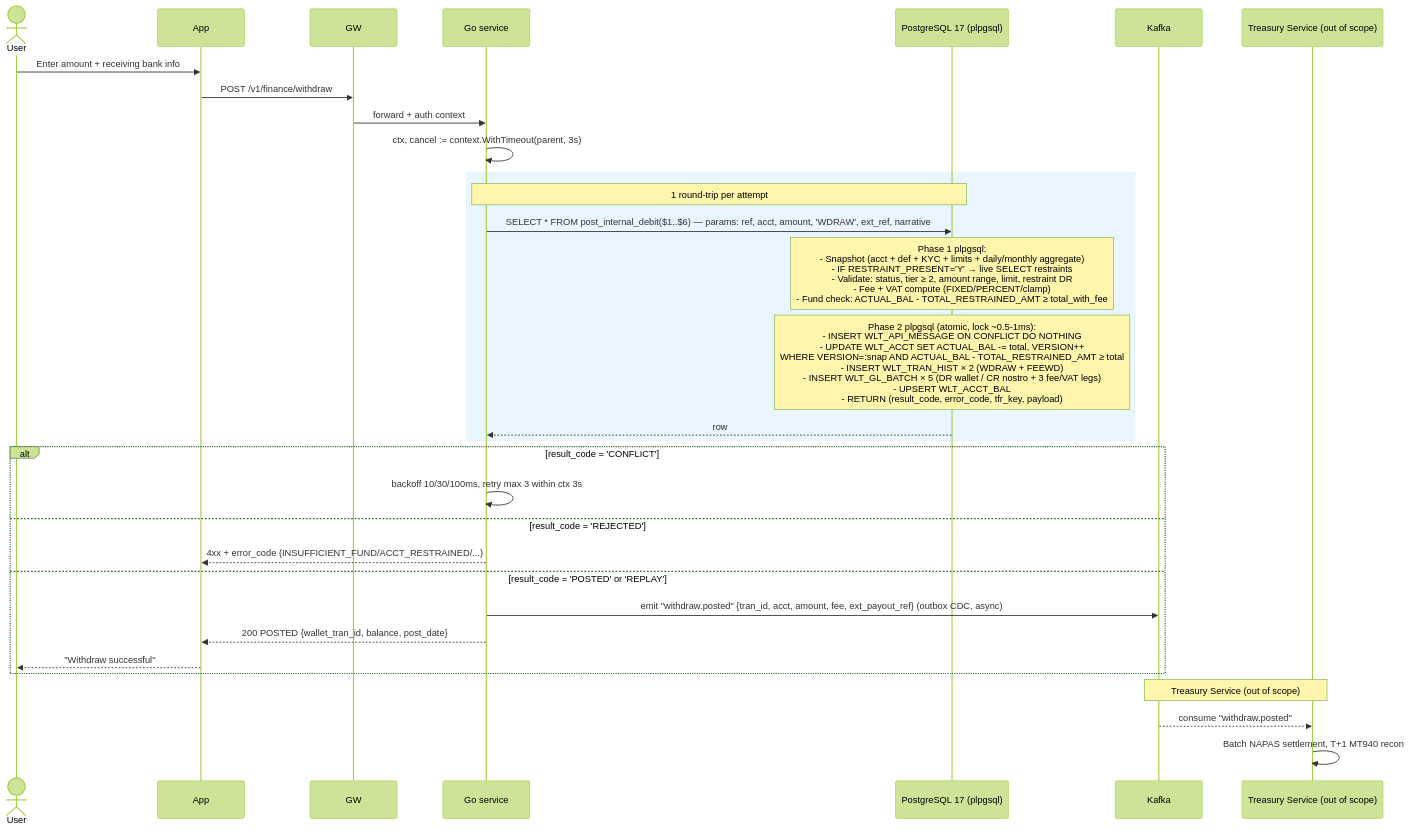
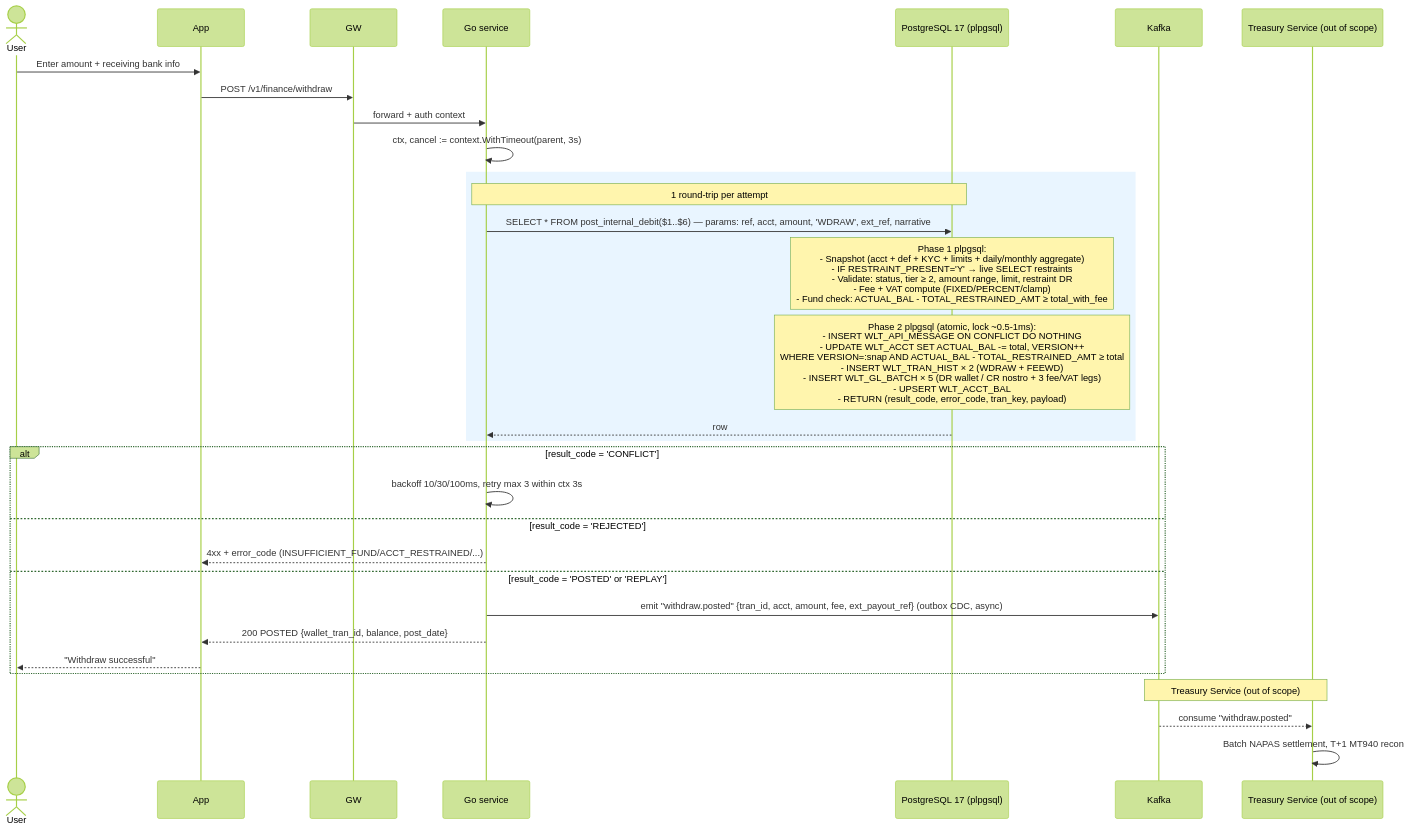
The third of 6 diagrams in docs/specs/finance_transaction.md (huuhoait/core-wallet), drawn with Mermaid (forest theme) before and after one commit. The commit also changed other lines of this file and 29 other files, not shown here.

First line of the commit message:
Rename tfr → tran across schema, Go, API, and docs

````diff
--- a/docs/specs/finance_transaction.md
+++ b/docs/specs/finance_transaction.md
@@ -270,38 +270,38 @@
 ```mermaid
 sequenceDiagram
   actor User
   participant App
   participant GW
   participant GO as Go service
   participant DB as PostgreSQL 17 (plpgsql)
   participant K as Kafka
   participant TRS as Treasury Service (out of scope)
 
   User->>App: Enter amount + receiving bank info
   App->>GW: POST /v1/finance/withdraw
   GW->>GO: forward + auth context
   
   GO->>GO: ctx, cancel := context.WithTimeout(parent, 3s)
   
   rect rgba(200,230,255,0.4)
     Note over GO,DB: 1 round-trip per attempt
     GO->>DB: SELECT * FROM post_internal_debit($1..$6) — params: ref, acct, amount, 'WDRAW', ext_ref, narrative
     Note over DB: Phase 1 plpgsql:<br/>- Snapshot (acct + def + KYC + limits + daily/monthly aggregate)<br/>- IF RESTRAINT_PRESENT='Y' → live SELECT restraints<br/>- Validate: status, tier ≥ 2, amount range, limit, restraint DR<br/>- Fee + VAT compute (FIXED/PERCENT/clamp)<br/>- Fund check: ACTUAL_BAL - TOTAL_RESTRAINED_AMT ≥ total_with_fee
-    Note over DB: Phase 2 plpgsql (atomic, lock ~0.5-1ms):<br/>- INSERT WLT_API_MESSAGE ON CONFLICT DO NOTHING<br/>- UPDATE WLT_ACCT SET ACTUAL_BAL -= total, VERSION++<br/>  WHERE VERSION=:snap AND ACTUAL_BAL - TOTAL_RESTRAINED_AMT ≥ total<br/>- INSERT WLT_TRAN_HIST × 2 (WDRAW + FEEWD)<br/>- INSERT WLT_GL_BATCH × 5 (DR wallet / CR nostro + 3 fee/VAT legs)<br/>- UPSERT WLT_ACCT_BAL<br/>- RETURN (result_code, error_code, tfr_key, payload)
+    Note over DB: Phase 2 plpgsql (atomic, lock ~0.5-1ms):<br/>- INSERT WLT_API_MESSAGE ON CONFLICT DO NOTHING<br/>- UPDATE WLT_ACCT SET ACTUAL_BAL -= total, VERSION++<br/>  WHERE VERSION=:snap AND ACTUAL_BAL - TOTAL_RESTRAINED_AMT ≥ total<br/>- INSERT WLT_TRAN_HIST × 2 (WDRAW + FEEWD)<br/>- INSERT WLT_GL_BATCH × 5 (DR wallet / CR nostro + 3 fee/VAT legs)<br/>- UPSERT WLT_ACCT_BAL<br/>- RETURN (result_code, error_code, tran_key, payload)
     DB-->>GO: row
   end
   
   alt result_code = 'CONFLICT'
     GO->>GO: backoff 10/30/100ms, retry max 3 within ctx 3s
   else result_code = 'REJECTED'
     GO-->>App: 4xx + error_code (INSUFFICIENT_FUND/ACCT_RESTRAINED/...)
   else result_code = 'POSTED' or 'REPLAY'
     GO->>K: emit "withdraw.posted" {tran_id, acct, amount, fee, ext_payout_ref} (outbox CDC, async)
     GO-->>App: 200 POSTED {wallet_tran_id, balance, post_date}
     App-->>User: "Withdraw successful"
   end
   
   Note over TRS,K: Treasury Service (out of scope)
   K-->>TRS: consume "withdraw.posted"
   TRS->>TRS: Batch NAPAS settlement, T+1 MT940 recon
 ```
````
